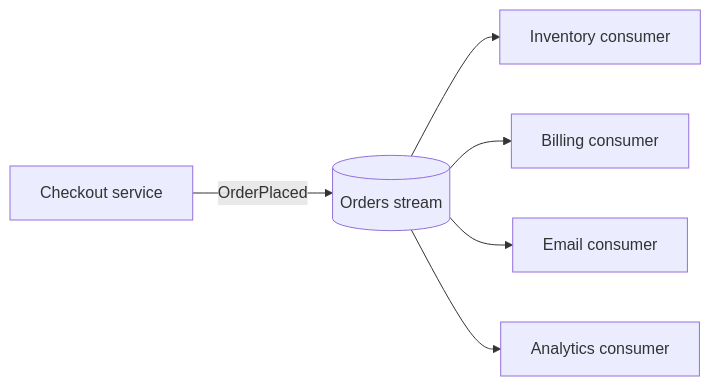
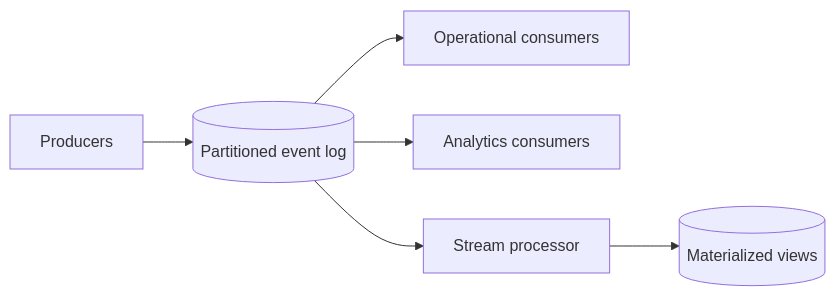
The diagram in streaming.md (alanqi03/sys-design), drawn with Mermaid before and after one commit. The commit also changed other lines of this file and 10 other files, not shown here.

````diff
--- a/streaming.md
+++ b/streaming.md
@@ -39,8 +11,8 @@
 ```{mermaid}
 flowchart LR
-  checkout[Checkout service] -->|OrderPlaced| orders[(Orders stream)]
-  orders --> inventory[Inventory consumer]
-  orders --> billing[Billing consumer]
-  orders --> email[Email consumer]
-  orders --> analytics[Analytics consumer]
+  producers[Producers] --> log[(Partitioned event log)]
+  log --> group1[Operational consumers]
+  log --> group2[Analytics consumers]
+  log --> processor[Stream processor]
+  processor --> views[(Materialized views)]
 ```
````
